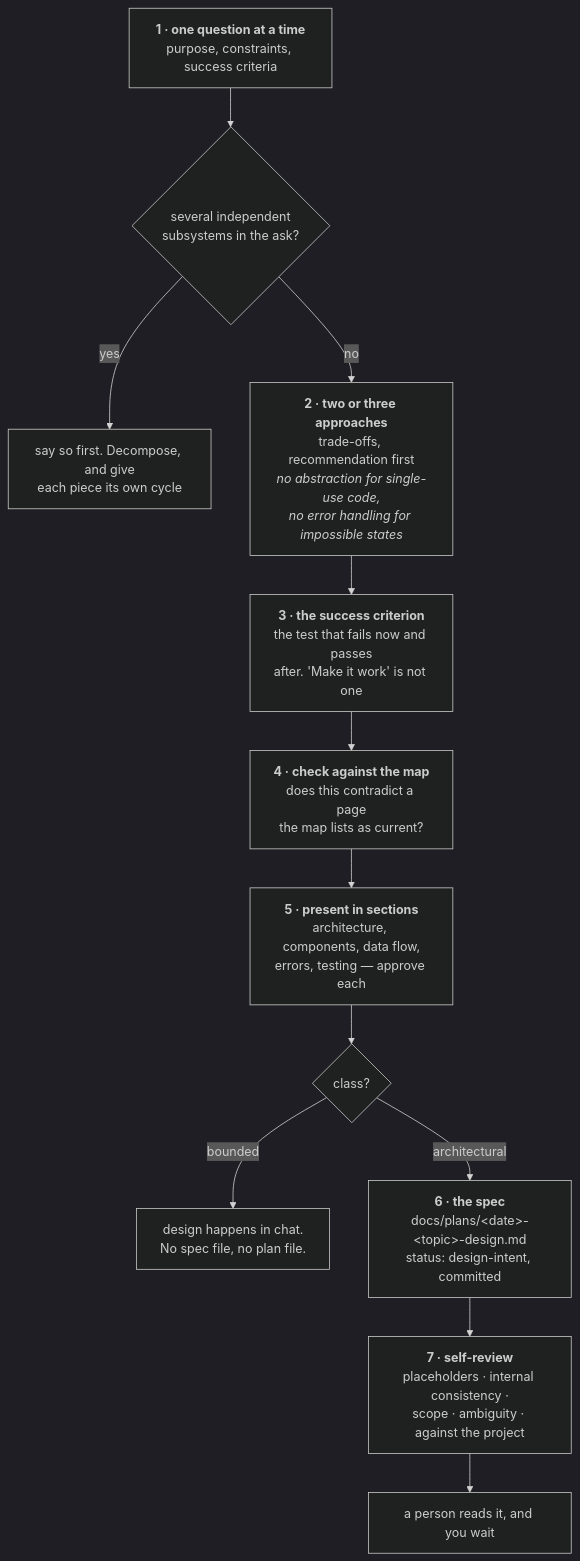
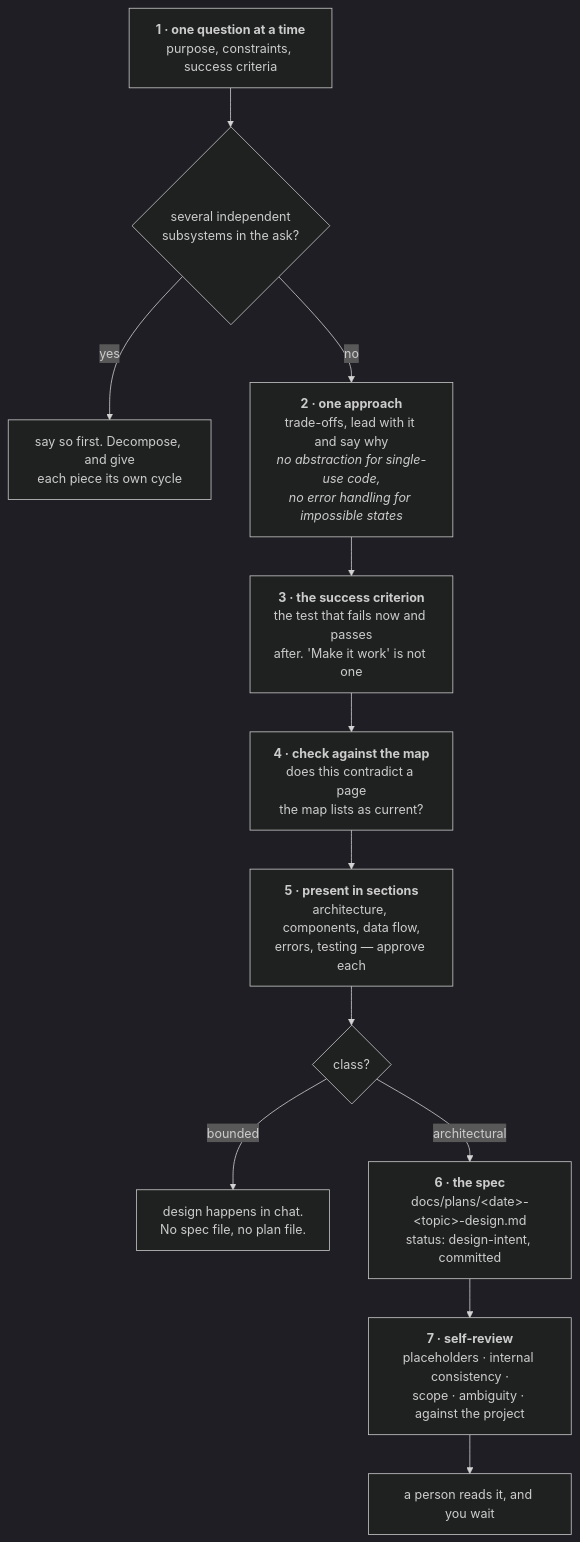
Before and after one commit to FanFantom9452/FanKeel: the second of 8 diagrams in docs/pipeline.md, drawn with Mermaid (dark theme). The commit also changed 4 other files, not shown here.

````diff
--- a/docs/pipeline.md
+++ b/docs/pipeline.md
@@ -376,24 +376,24 @@
 ```mermaid
 flowchart TD
     A["<b>1 · one question at a time</b><br/>purpose, constraints, success criteria"]
     A0{"several independent<br/>subsystems in the ask?"}
     A1["say so first. Decompose, and give<br/>each piece its own cycle"]
-    B["<b>2 · two or three approaches</b><br/>trade-offs, recommendation first<br/><i>no abstraction for single-use code,<br/>no error handling for impossible states</i>"]
+    B["<b>2 · one approach</b><br/>trade-offs, lead with it and say why<br/><i>no abstraction for single-use code,<br/>no error handling for impossible states</i>"]
     C["<b>3 · the success criterion</b><br/>the test that fails now and passes<br/>after. 'Make it work' is not one"]
     D["<b>4 · check against the map</b><br/>does this contradict a page<br/>the map lists as current?"]
     E["<b>5 · present in sections</b><br/>architecture, components, data flow,<br/>errors, testing — approve each"]
     F{"class?"}
     J["design happens in chat.<br/>No spec file, no plan file."]
     G["<b>6 · the spec</b><br/>docs/plans/&lt;date&gt;-&lt;topic&gt;-design.md<br/>status: design-intent, committed"]
     H["<b>7 · self-review</b><br/>placeholders · internal consistency ·<br/>scope · ambiguity · against the project"]
     I["a person reads it, and you wait"]
 
     A --> A0
     A0 -- yes --> A1
     A0 -- no --> B
     B --> C --> D --> E --> F
     F -- "bounded" --> J
     F -- "architectural" --> G
     G --> H
     H --> I
 ```
````
